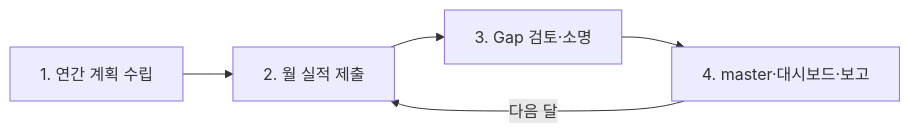
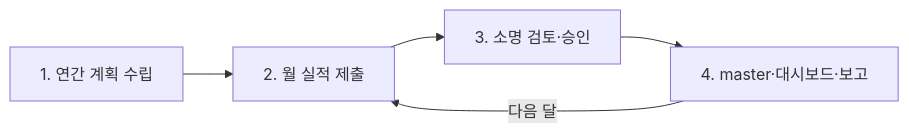
The first of 8 diagrams in docs/flow.md (shinharyeong/skala_final_project), drawn with Mermaid before and after one commit. The commit also changed other lines of this file and 1 other file, not shown here.

````diff
--- a/docs/flow.md
+++ b/docs/flow.md
@@ -15,7 +15,7 @@
 ```mermaid
 flowchart LR
     S1["1. 연간 계획 수립"] --> S2["2. 월 실적 제출"]
-    S2 --> S3["3. Gap 검토·소명"]
+    S2 --> S3["3. 소명 검토·승인"]
     S3 --> S4["4. master·대시보드·보고"]
     S4 -->|다음 달| S2
 ```
````
